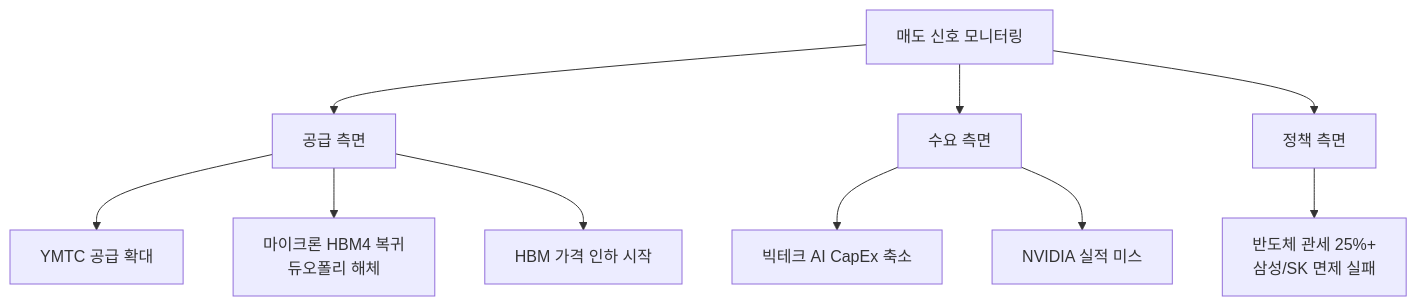
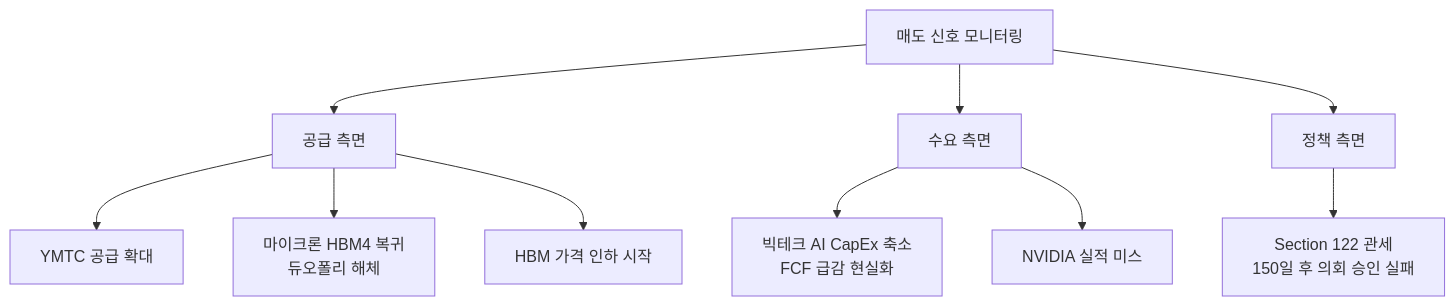
The second of 2 diagrams in _posts/knowledge/invest/2026-01-21-hbm-sector-outlook-2026.md (dss99911/dss99911.github.io), drawn with Mermaid before and after one commit. The commit also changed other lines of this file and 14 other files, not shown here.

````diff
--- a/_posts/knowledge/invest/2026-01-21-hbm-sector-outlook-2026.md
+++ b/_posts/knowledge/invest/2026-01-21-hbm-sector-outlook-2026.md
@@ -276,15 +269,15 @@
 ```mermaid
 flowchart TD
-    A[매도 신호 모니터링] --> B[공급 측면]
-    A --> C[수요 측면]
-    A --> D[정책 측면]
+    A["매도 신호 모니터링"] --> B["공급 측면"]
+    A --> C["수요 측면"]
+    A --> D["정책 측면"]
 
-    B --> B1[YMTC 공급 확대]
-    B --> B2[마이크론 HBM4 복귀<br/>듀오폴리 해체]
-    B --> B3[HBM 가격 인하 시작]
+    B --> B1["YMTC 공급 확대"]
+    B --> B2["마이크론 HBM4 복귀<br/>듀오폴리 해체"]
+    B --> B3["HBM 가격 인하 시작"]
 
-    C --> C1[빅테크 AI CapEx 축소]
-    C --> C2[NVIDIA 실적 미스]
+    C --> C1["빅테크 AI CapEx 축소<br/>FCF 급감 현실화"]
+    C --> C2["NVIDIA 실적 미스"]
 
-    D --> D1[반도체 관세 25%+<br/>삼성/SK 면제 실패]
+    D --> D1["Section 122 관세<br/>150일 후 의회 승인 실패"]
 ```
````
